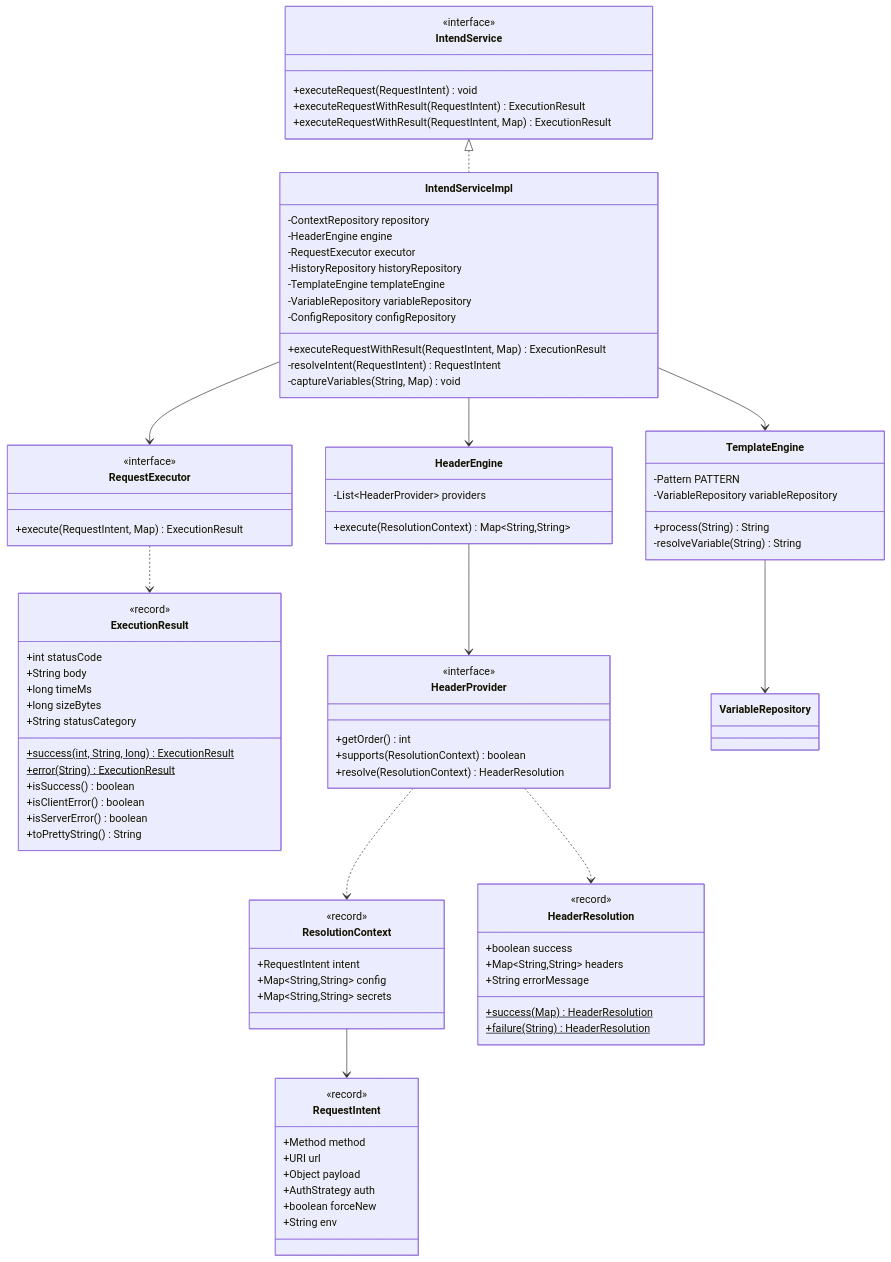
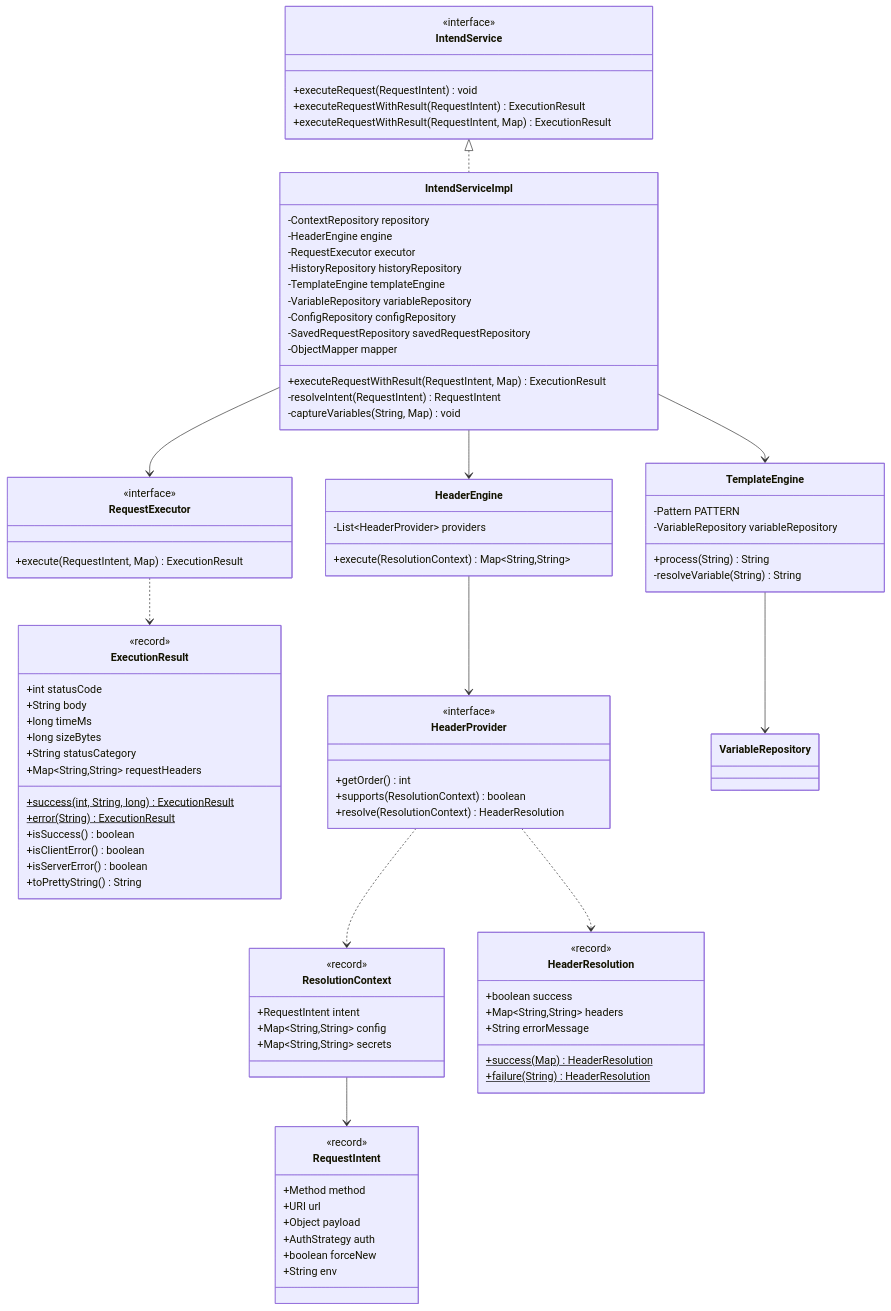
One commit to Pskuntal1248/http-client-INTEND changed the first of 6 diagrams in docs/LLD.md. Above: the diagram before and after it, drawn with Mermaid. The commit also changed other lines of this file and 4 other files, not shown here.

```diff
--- a/docs/LLD.md
+++ b/docs/LLD.md
@@ -71,6 +71,7 @@
         +long timeMs
         +long sizeBytes
         +String statusCategory
+        +Map~String,String~ requestHeaders
         +success(int, String, long) ExecutionResult$
         +error(String) ExecutionResult$
         +isSuccess() boolean
@@ -118,6 +119,8 @@
         -TemplateEngine templateEngine
         -VariableRepository variableRepository
         -ConfigRepository configRepository
+        -SavedRequestRepository savedRequestRepository
+        -ObjectMapper mapper
         +executeRequestWithResult(RequestIntent, Map) ExecutionResult
         -resolveIntent(RequestIntent) RequestIntent
         -captureVariables(String, Map) void
```
